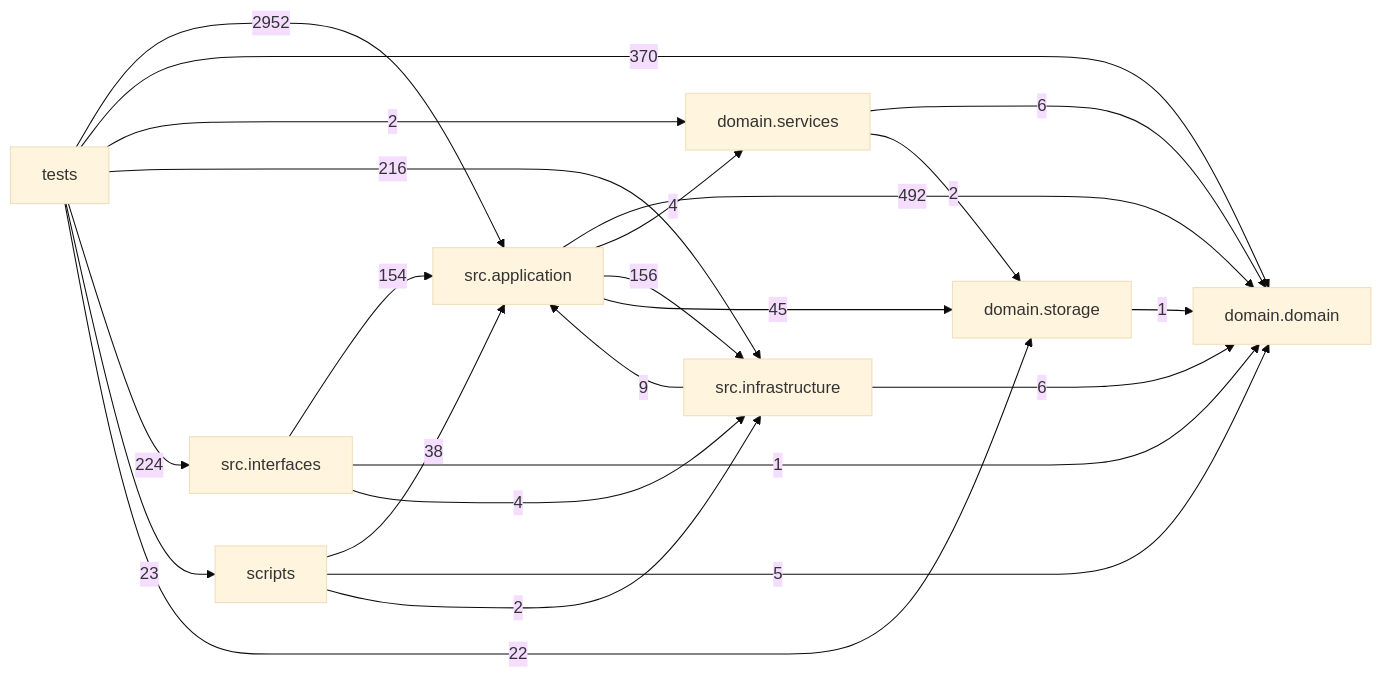
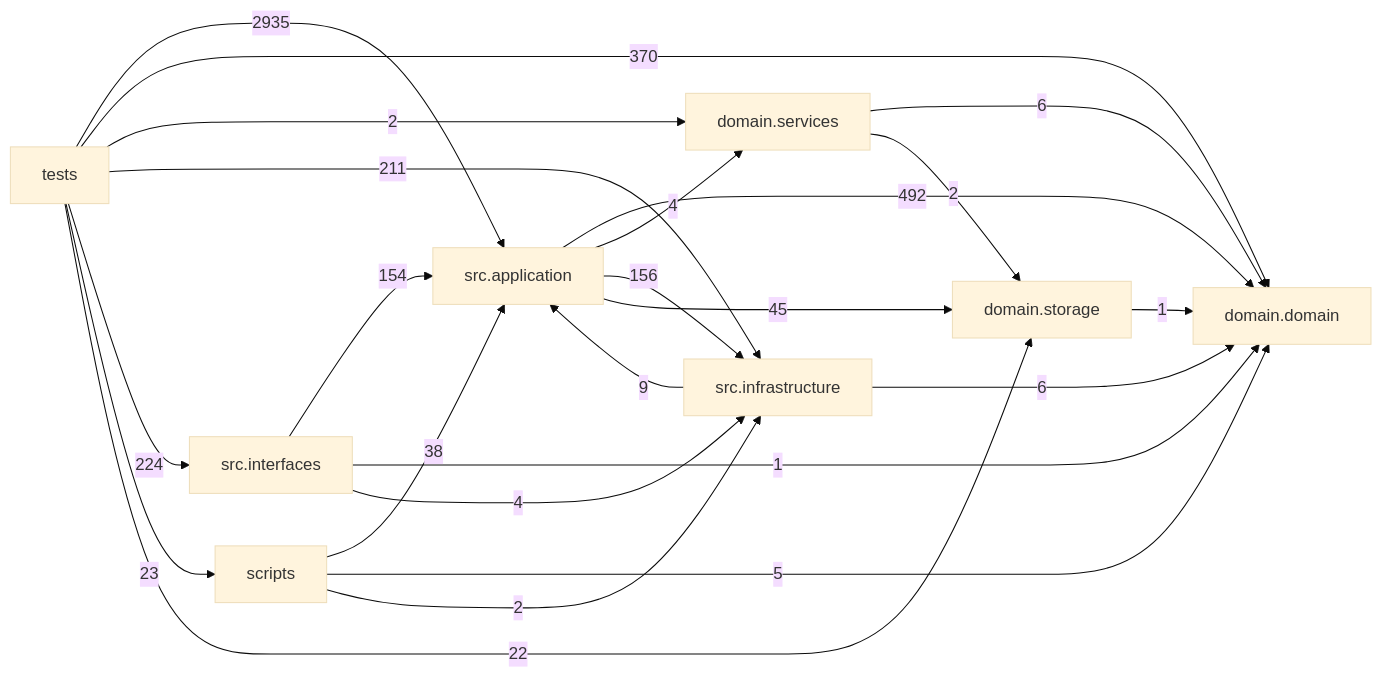
The diagram in docs/DEPENDENCY_GRAPH.md (liuxie066/options-monitor), drawn with Mermaid (base theme) before and after one commit. The commit also changed other lines of this file, not shown here.

Commit message:
docs(graph): regenerate after the import hoisting changed edge counts

````diff
--- a/docs/DEPENDENCY_GRAPH.md
+++ b/docs/DEPENDENCY_GRAPH.md
@@ -24,33 +24,33 @@
 ```mermaid
 flowchart LR
   tests["tests"]
   scripts["scripts"]
   interfaces["src.interfaces"]
   application["src.application"]
   infrastructure["src.infrastructure"]
   domain_services["domain.services"]
   domain["domain.domain"]
   storage["domain.storage"]
   application -->|492| domain
   application -->|4| domain_services
   application -->|156| infrastructure
   application -->|45| storage
   domain_services -->|6| domain
   domain_services -->|2| storage
   infrastructure -->|9| application
   infrastructure -->|6| domain
   interfaces -->|154| application
   interfaces -->|1| domain
   interfaces -->|4| infrastructure
   scripts -->|38| application
   scripts -->|5| domain
   scripts -->|2| infrastructure
   storage -->|1| domain
-  tests -->|2952| application
+  tests -->|2935| application
   tests -->|370| domain
   tests -->|2| domain_services
-  tests -->|216| infrastructure
+  tests -->|211| infrastructure
   tests -->|224| interfaces
   tests -->|23| scripts
   tests -->|22| storage
 ```
````
